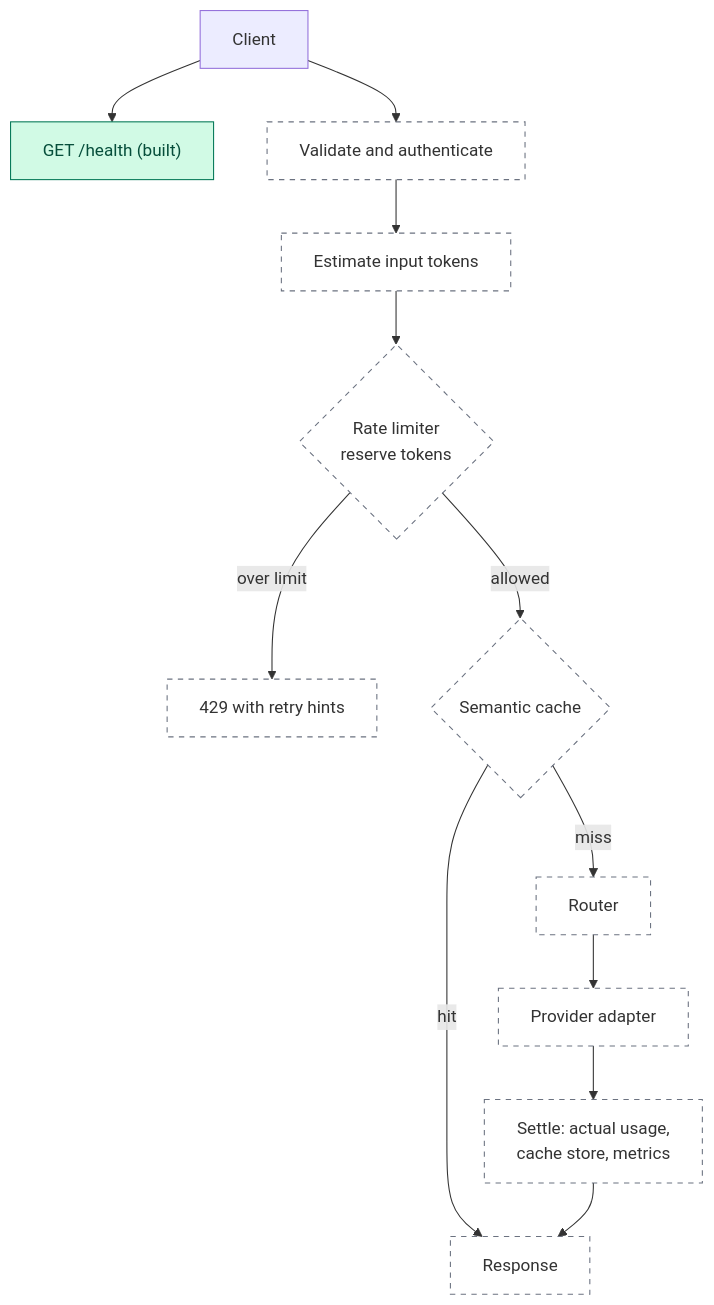
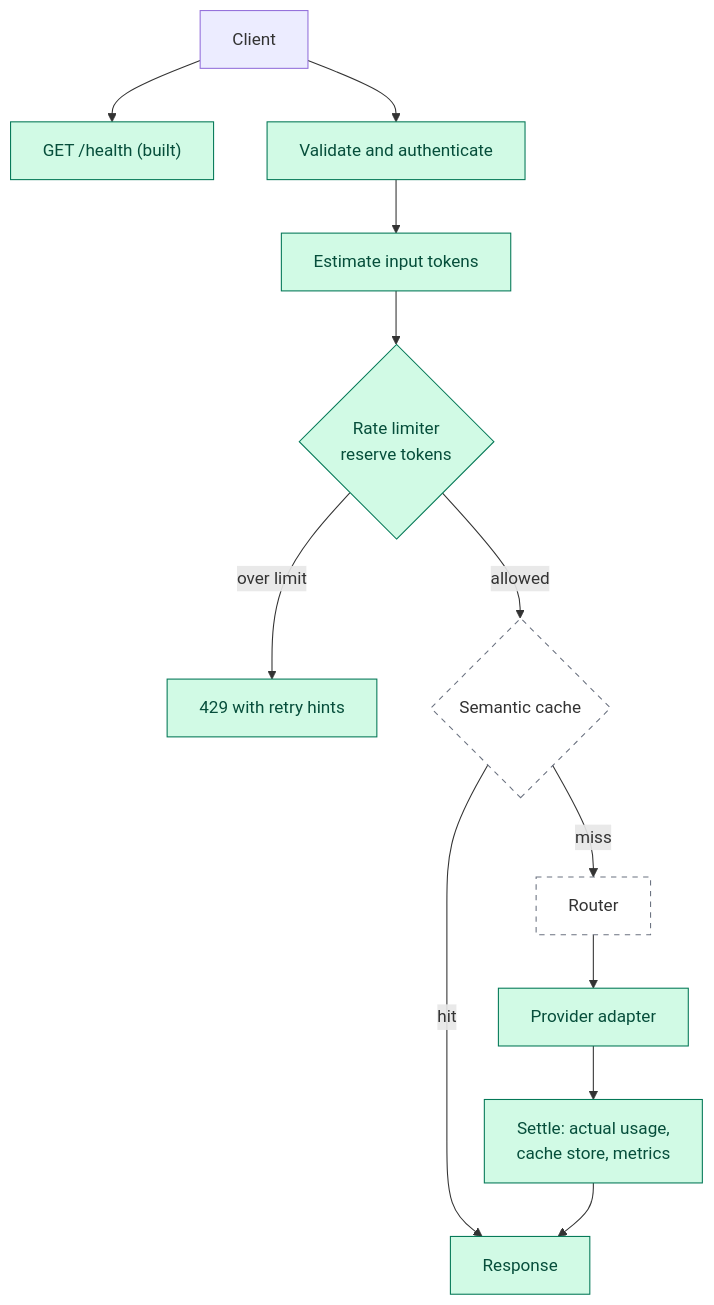
One commit to apoorvrajdev/tollgate changed the diagram in README.md. Above: the diagram before and after it, drawn with Mermaid. The commit also changed other lines of this file, not shown here.

Commit message:
docs(readme): describe what Phase 1 built

````diff
--- a/README.md
+++ b/README.md
@@ -50,19 +55,19 @@
 ```mermaid
 flowchart TB
   C[Client] --> H["GET /health (built)"]
   C --> V[Validate and authenticate]
   V --> E[Estimate input tokens]
   E --> RL{Rate limiter<br/>reserve tokens}
   RL -- over limit --> R429[429 with retry hints]
   RL -- allowed --> SC{Semantic cache}
   SC -- hit --> RESP[Response]
   SC -- miss --> RT[Router]
   RT --> P[Provider adapter]
   P --> ST[Settle: actual usage,<br/>cache store, metrics]
   ST --> RESP
 
   classDef built fill:#d1fae5,stroke:#047857,color:#064e3b
   classDef planned fill:none,stroke:#6b7280,stroke-dasharray: 5 5
-  class H built
-  class V,E,RL,R429,SC,RESP,RT,P,ST planned
+  class H,V,E,RL,R429,RESP,P,ST built
+  class SC,RT planned
 ```
````
